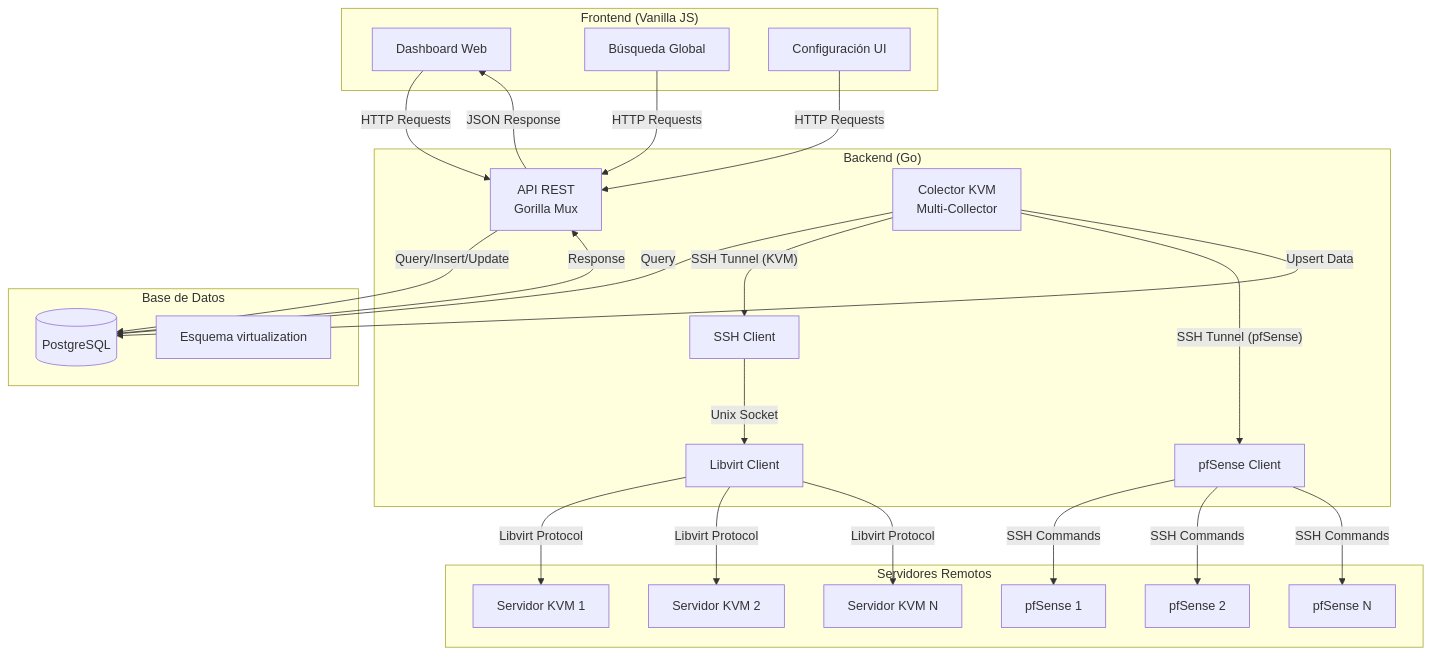
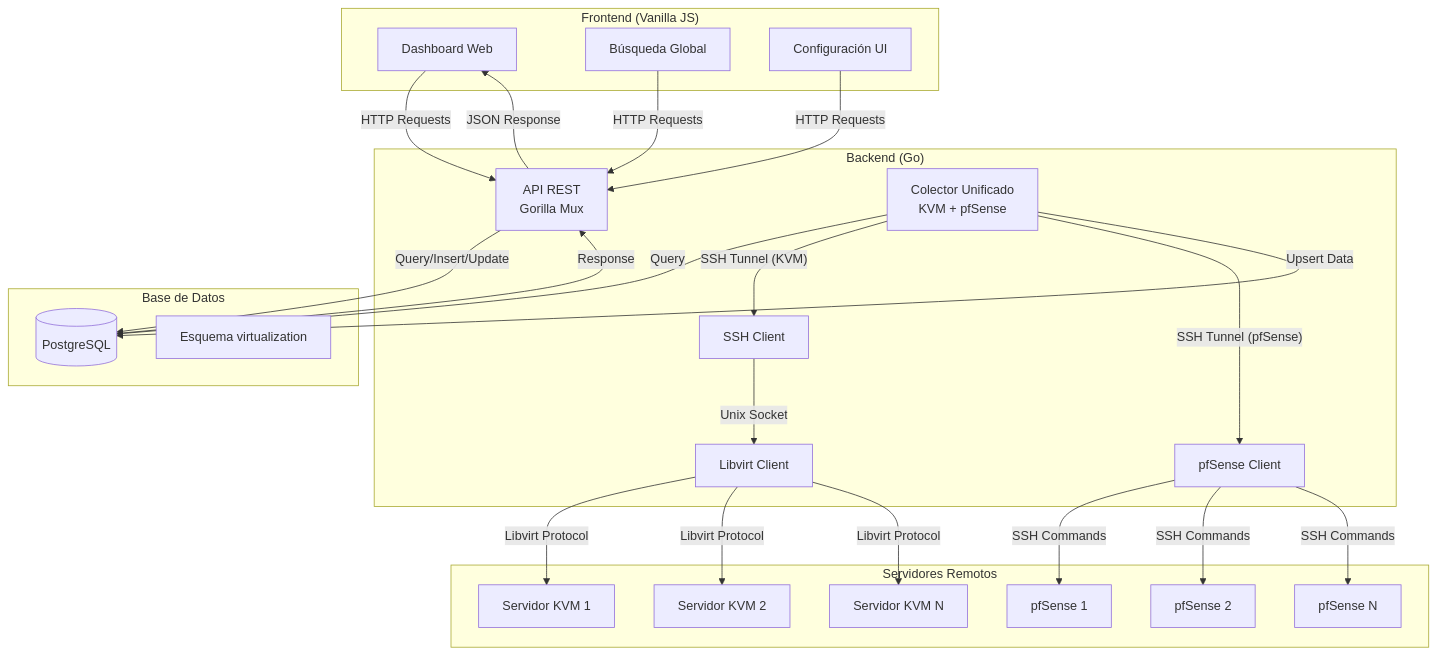
Before and after one commit to grs89/centralizegg: the diagram in README.md, drawn with Mermaid. The commit also changed other lines of this file, not shown here.

````diff
--- a/README.md
+++ b/README.md
@@ -73,52 +76,52 @@
 ```mermaid
 graph TD
     subgraph Frontend["Frontend (Vanilla JS)"]
         UI[Dashboard Web]
         Search[Búsqueda Global]
         Config[Configuración UI]
     end
     
     subgraph Backend["Backend (Go)"]
         API[API REST<br/>Gorilla Mux]
-        Collector[Colector KVM<br/>Multi-Collector]
+        Collector[Colector Unificado<br/>KVM + pfSense]
         Libvirt[Libvirt Client]
         SSH[SSH Client]
         pfSense[pfSense Client]
     end
     
     subgraph Database["Base de Datos"]
         PG[(PostgreSQL)]
         Schema[Esquema virtualization]
     end
     
     subgraph Remote["Servidores Remotos"]
         KVM1[Servidor KVM 1]
         KVM2[Servidor KVM 2]
         KVMN[Servidor KVM N]
         pfSense1[pfSense 1]
         pfSense2[pfSense 2]
         pfSenseN[pfSense N]
     end
     
     UI -->|HTTP Requests| API
     Search -->|HTTP Requests| API
     Config -->|HTTP Requests| API
     API -->|Query/Insert/Update| PG
     
     Collector -->|Query| PG
     
     Collector -->|"SSH Tunnel (KVM)"| SSH
     SSH -->|Unix Socket| Libvirt
     Libvirt -->|Libvirt Protocol| KVM1
     Libvirt -->|Libvirt Protocol| KVM2
     Libvirt -->|Libvirt Protocol| KVMN
     
     Collector -->|"SSH Tunnel (pfSense)"| pfSense
     pfSense -->|SSH Commands| pfSense1
     pfSense -->|SSH Commands| pfSense2
     pfSense -->|SSH Commands| pfSenseN
     
     Collector -->|Upsert Data| PG
     PG -->|Response| API
     API -->|JSON Response| UI
 ```
````
